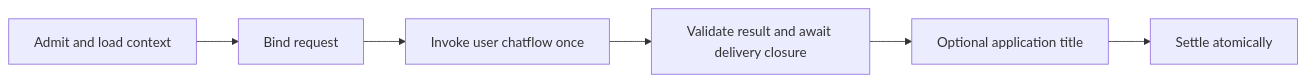
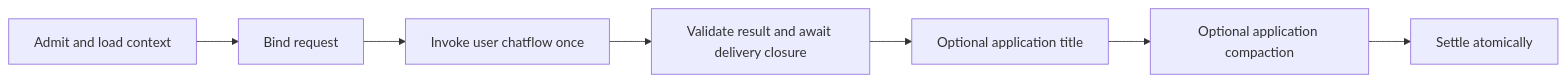
The diagram in docs/chat.md (linw1995/miniflow), drawn with Mermaid before and after one commit. The commit also changed other lines of this file and 10 other files, not shown here.

````diff
--- a/docs/chat.md
+++ b/docs/chat.md
@@ -258,8 +265,9 @@
 ```mermaid
 flowchart LR
     Admit["Admit and load context"] --> Bind["Bind request"]
     Bind --> Invoke["Invoke user chatflow once"]
     Invoke --> Validate["Validate result and await delivery closure"]
     Validate --> Title["Optional application title"]
-    Title --> Settle["Settle atomically"]
+    Title --> Compact["Optional application compaction"]
+    Compact --> Settle["Settle atomically"]
 ```
````
